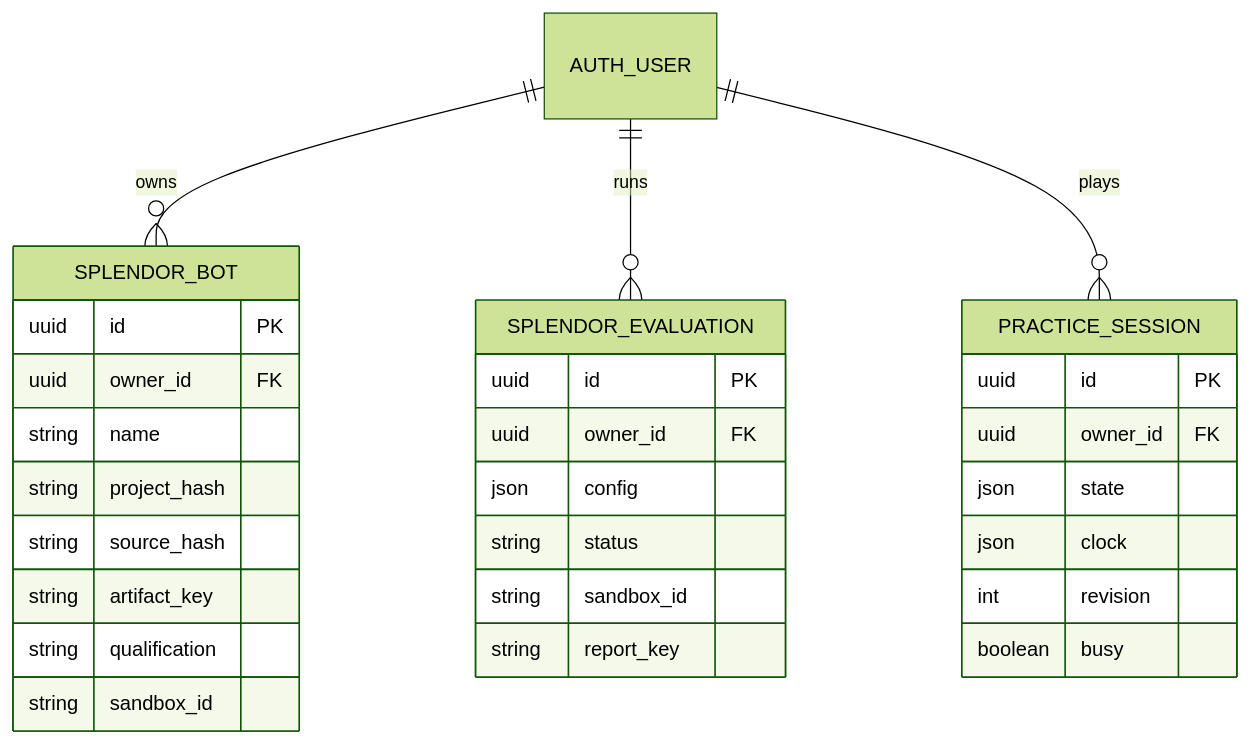
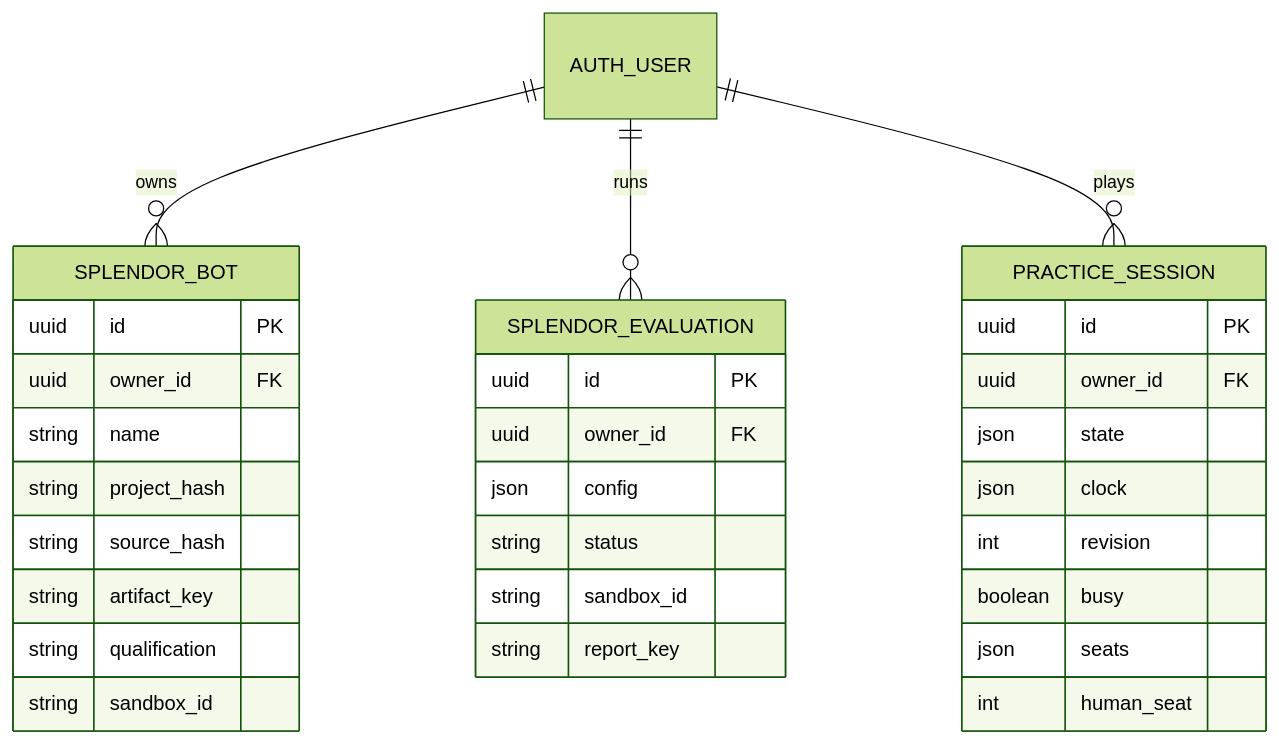
The seventh of 8 diagrams in docs/architecture.md (RishikeshSreekumar/splendor), drawn with Mermaid (forest theme) before and after one commit. The commit also changed other lines of this file and 26 other files, not shown here.

````diff
--- a/docs/architecture.md
+++ b/docs/architecture.md
@@ -257,32 +257,34 @@
 ```mermaid
 erDiagram
   AUTH_USER ||--o{ SPLENDOR_BOT : owns
   AUTH_USER ||--o{ SPLENDOR_EVALUATION : runs
   AUTH_USER ||--o{ PRACTICE_SESSION : plays
   SPLENDOR_BOT {
     uuid id PK
     uuid owner_id FK
     string name
     string project_hash
     string source_hash
     string artifact_key
     string qualification
     string sandbox_id
   }
   SPLENDOR_EVALUATION {
     uuid id PK
     uuid owner_id FK
     json config
     string status
     string sandbox_id
     string report_key
   }
   PRACTICE_SESSION {
     uuid id PK
     uuid owner_id FK
     json state
     json clock
     int revision
     boolean busy
+    json seats
+    int human_seat
   }
 ```
````
